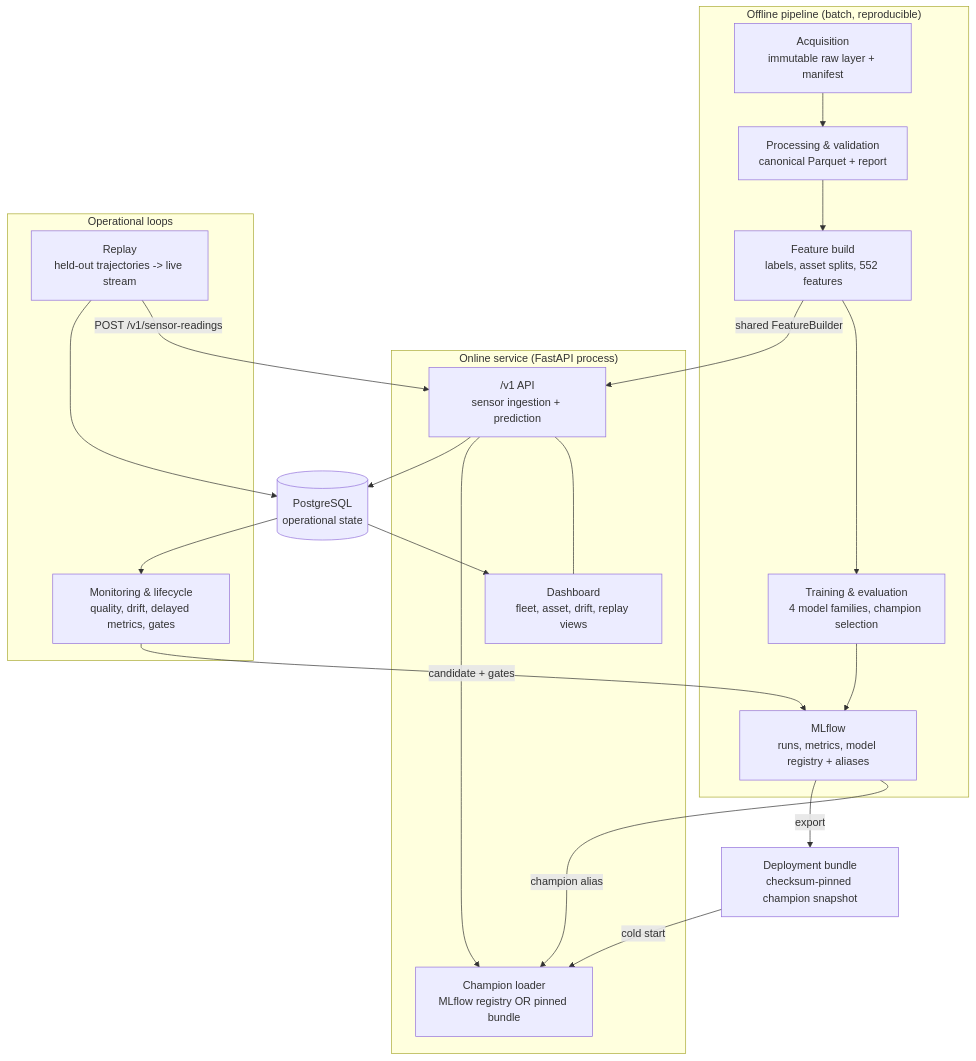
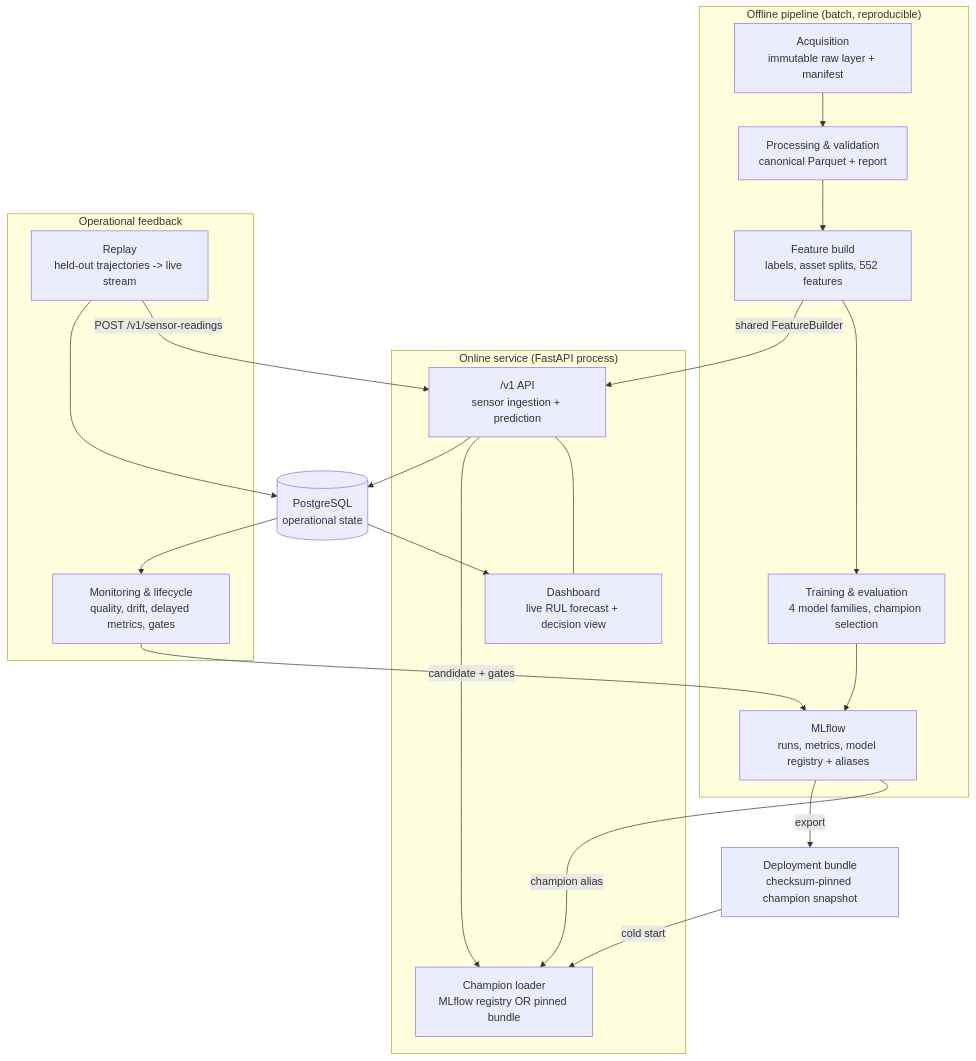
Before and after one commit to MehdiTC/predictive_maintenance: the first of 2 diagrams in docs/architecture.md, drawn with Mermaid. The commit also changed other lines of this file and 111 other files, not shown here.

````diff
--- a/docs/architecture.md
+++ b/docs/architecture.md
@@ -24,38 +23,38 @@
 ```mermaid
 flowchart TB
     subgraph offline["Offline pipeline (batch, reproducible)"]
         acq["Acquisition\nimmutable raw layer + manifest"]
         proc["Processing & validation\ncanonical Parquet + report"]
         feat["Feature build\nlabels, asset splits, 552 features"]
         train["Training & evaluation\n4 model families, champion selection"]
         mlflow["MLflow\nruns, metrics, model registry + aliases"]
         acq --> proc --> feat --> train --> mlflow
     end
 
     subgraph online["Online service (FastAPI process)"]
         api["/v1 API\nsensor ingestion + prediction"]
-        dash["Dashboard\nfleet, asset, drift, replay views"]
+        dash["Dashboard\nlive RUL forecast + decision view"]
         loader["Champion loader\nMLflow registry OR pinned bundle"]
         api --- dash
         api --> loader
     end
 
-    subgraph ops["Operational loops"]
+    subgraph ops["Operational feedback"]
         replay["Replay\nheld-out trajectories -> live stream"]
         monitor["Monitoring & lifecycle\nquality, drift, delayed metrics, gates"]
     end
 
     pg[("PostgreSQL\noperational state")]
     bundle["Deployment bundle\nchecksum-pinned champion snapshot"]
 
     feat -->|shared FeatureBuilder| api
     mlflow -->|champion alias| loader
     mlflow -->|export| bundle
     bundle -->|cold start| loader
     api --> pg
     replay -->|POST /v1/sensor-readings| api
     replay --> pg
     pg --> monitor
     monitor -->|candidate + gates| mlflow
     pg --> dash
 ```
````
